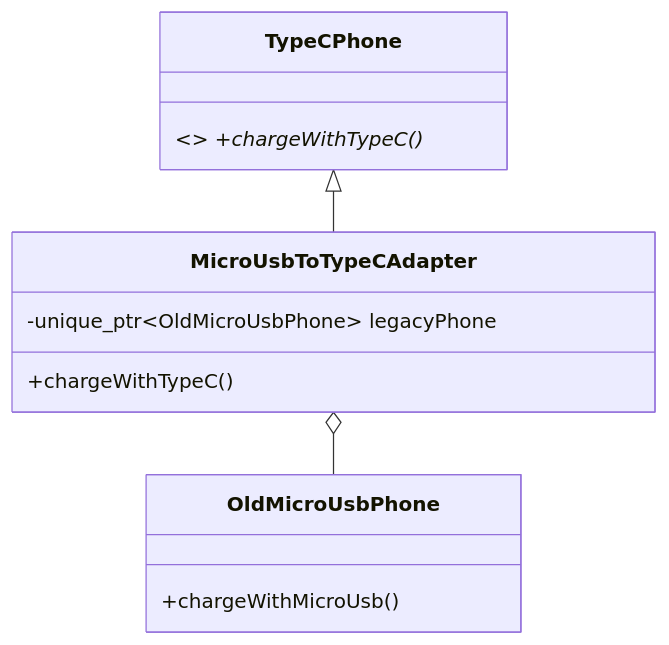
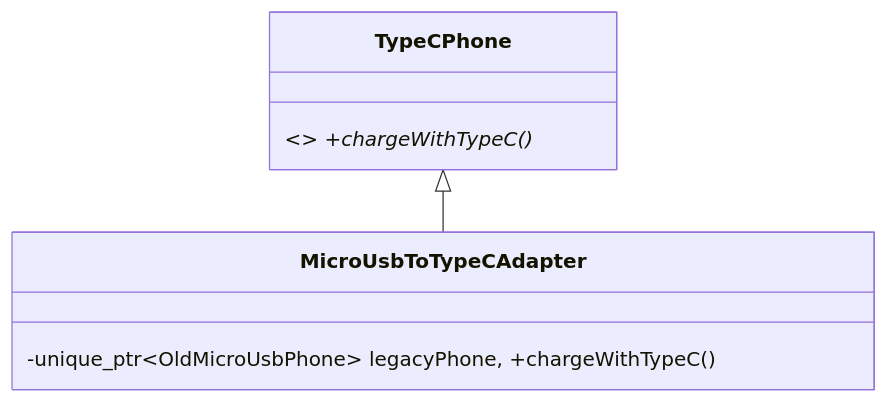
The ninth of 22 diagrams in readme.md (divyap271/systemDesign), drawn with Mermaid before and after one commit. The commit also changed other lines of this file, not shown here.

````diff
--- a/readme.md
+++ b/readme.md
@@ -188,11 +145,6 @@
 ```mermaid
 classDiagram
     class TypeCPhone { <<interface>> +chargeWithTypeC()* }
-    class OldMicroUsbPhone { +chargeWithMicroUsb() }
-    class MicroUsbToTypeCAdapter {
-        -unique_ptr~OldMicroUsbPhone~ legacyPhone
-        +chargeWithTypeC()
-    }
+    class MicroUsbToTypeCAdapter { -unique_ptr~OldMicroUsbPhone~ legacyPhone, +chargeWithTypeC() }
     TypeCPhone <|-- MicroUsbToTypeCAdapter
-    MicroUsbToTypeCAdapter o-- OldMicroUsbPhone
 ```
````
